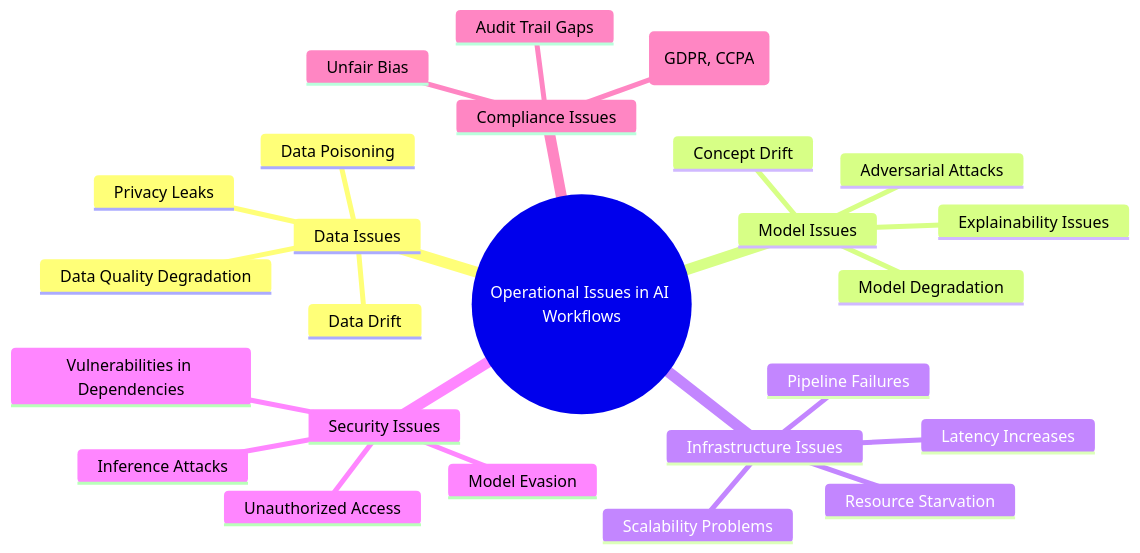
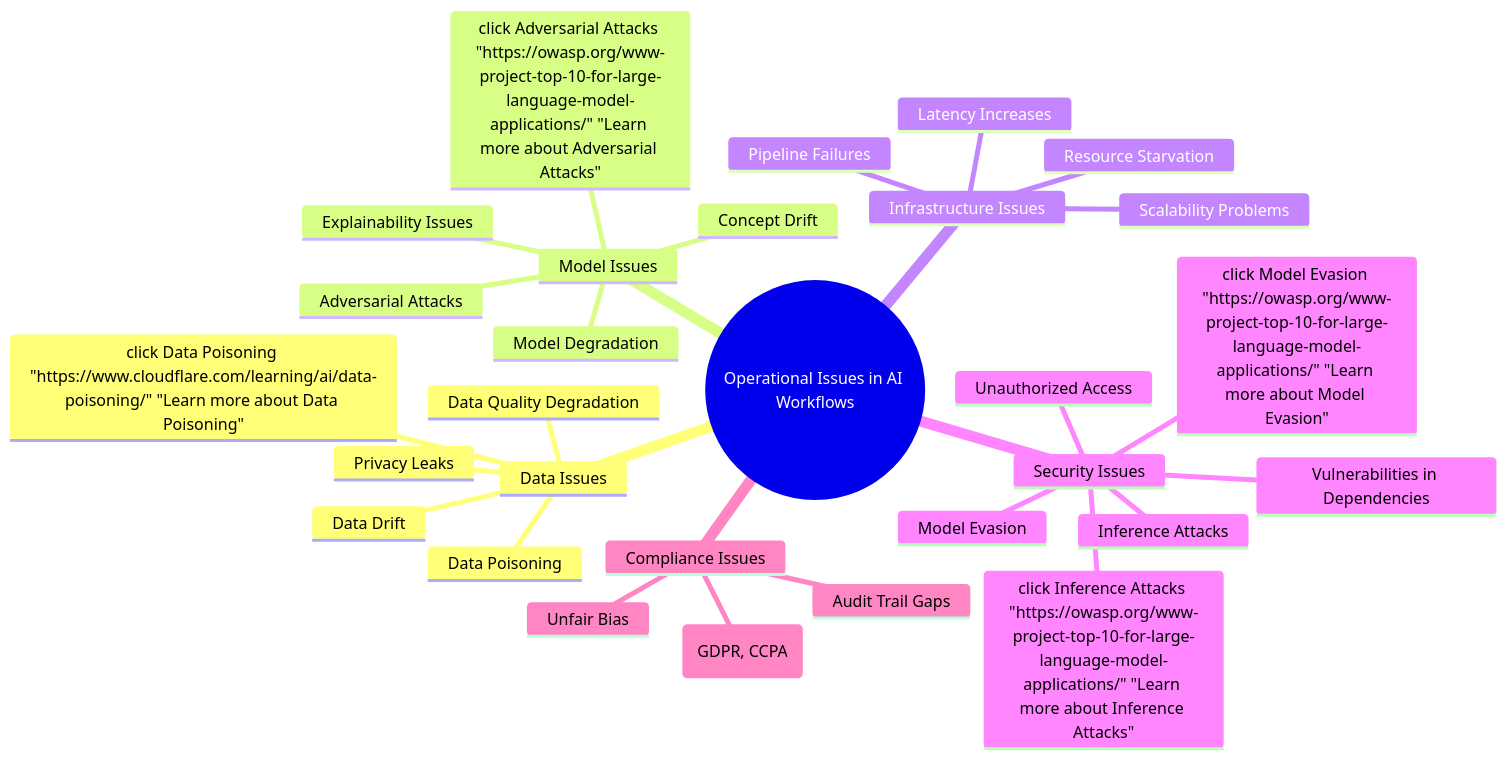
The second of 2 diagrams in ai_devsecops_workflow.md (karthickmuthuraj/public_test), drawn with Mermaid before and after one commit. The commit also changed other lines of this file, not shown here.

Commit message:
🎨 Palette: Add Interactive Links to Mermaid Diagrams
💡 **What:** Added hyperlinks to key technical terms within the Mermaid diagrams in `ai_devsecops_workflow.md`.

🎯 **Why:** The original diagrams were static and purely informational. This change enhances the user experience by making the diagrams interactive, allowing users to click on complex terms like "SAST," "DAST," and "Adversarial Attacks" to instantly access detailed explanations. This small touch of delight makes the document more educational and user-friendly.

📸 **Before/After:** The change is not visual, but interactive. Before, the diagram nodes were static text. After, they are clickable links.

♿ **Accessibility:** This change improves accessibility by providing definitions for technical jargon, which can help users with cognitive disabilities or those unfamiliar with the terminology to better understand the content.

````diff
--- a/ai_devsecops_workflow.md
+++ b/ai_devsecops_workflow.md
@@ -45,34 +49,38 @@
 ```mermaid
 mindmap
   root((Operational Issues in AI Workflows))
     ::icon(fa fa-brain)
     Data Issues
       ::icon(fa fa-database)
       Data Drift
       Data Quality Degradation
       Data Poisoning
+      click Data Poisoning "https://www.cloudflare.com/learning/ai/data-poisoning/" "Learn more about Data Poisoning"
       Privacy Leaks
     Model Issues
       ::icon(fa fa-robot)
       Model Degradation
       Concept Drift
       Adversarial Attacks
+      click Adversarial Attacks "https://owasp.org/www-project-top-10-for-large-language-model-applications/" "Learn more about Adversarial Attacks"
       Explainability Issues
     Infrastructure Issues
       ::icon(fa fa-server)
       Pipeline Failures
       Scalability Problems
       Resource Starvation
       Latency Increases
     Security Issues
       ::icon(fa fa-shield-alt)
       Model Evasion
+      click Model Evasion "https://owasp.org/www-project-top-10-for-large-language-model-applications/" "Learn more about Model Evasion"
       Inference Attacks
+      click Inference Attacks "https://owasp.org/www-project-top-10-for-large-language-model-applications/" "Learn more about Inference Attacks"
       Vulnerabilities in Dependencies
       Unauthorized Access
     Compliance Issues
       ::icon(fa fa-gavel)
       Regulatory Violations (GDPR, CCPA)
       Audit Trail Gaps
       Unfair Bias
 ```
````
